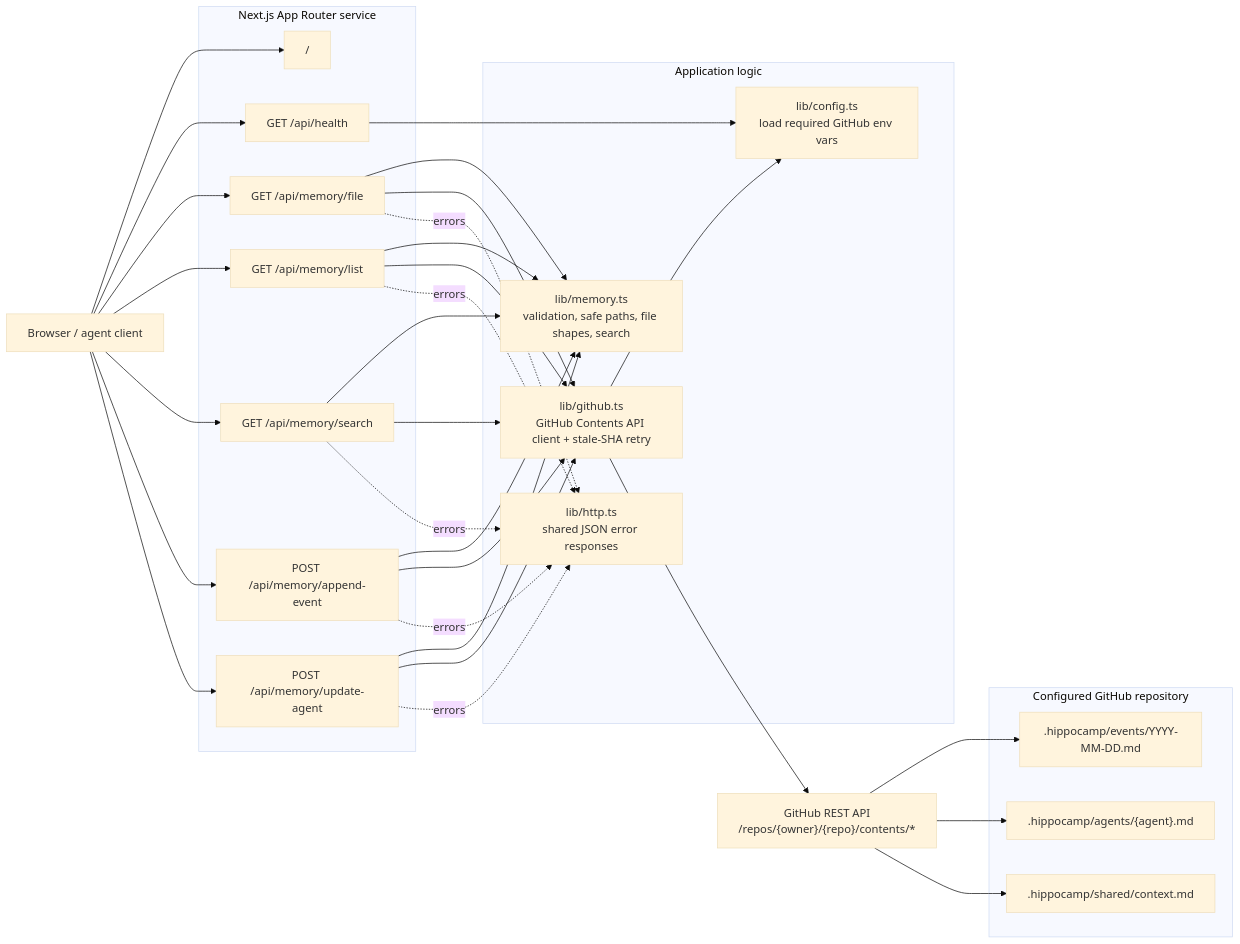
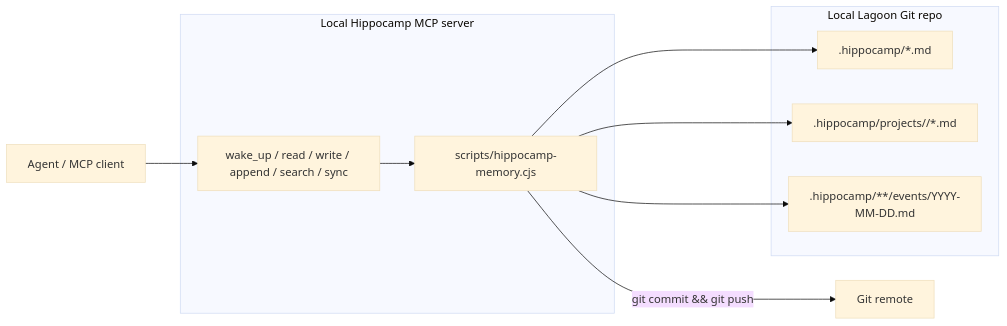
One commit to guillaumegay13/hippocamp changed the diagram in ARCHITECTURE.md. Above: the diagram before and after it, drawn with Mermaid (base theme). The commit also changed other lines of this file and 29 other files, not shown here.

Commit message:
Refocus Hippocamp on local MCP

````diff
--- a/ARCHITECTURE.md
+++ b/ARCHITECTURE.md
@@ -7,63 +7,24 @@
 ```mermaid
 flowchart LR
-  client["Browser / agent client"]
+  agent["Agent / MCP client"]
 
-  subgraph next["Next.js App Router service"]
-    page["/"]
-    health["GET /api/health"]
-    file["GET /api/memory/file"]
-    list["GET /api/memory/list"]
-    search["GET /api/memory/search"]
-    append["POST /api/memory/append-event"]
-    update["POST /api/memory/update-agent"]
+  subgraph mcp["Local Hippocamp MCP server"]
+    tools["wake_up / read / write / append / search / sync"]
+    memory["scripts/hippocamp-memory.cjs"]
   end
 
-  subgraph domain["Application logic"]
-    config["lib/config.ts<br/>load required GitHub env vars"]
-    http["lib/http.ts<br/>shared JSON error responses"]
-    memory["lib/memory.ts<br/>validation, safe paths, file shapes, search"]
-    github["lib/github.ts<br/>GitHub Contents API client + stale-SHA retry"]
+  subgraph lagoon["Local Lagoon Git repo"]
+    global[".hippocamp/*.md"]
+    project[".hippocamp/projects/<slug>/*.md"]
+    events[".hippocamp/**/events/YYYY-MM-DD.md"]
   end
 
-  gh["GitHub REST API<br/>/repos/{owner}/{repo}/contents/*"]
+  remote["Git remote"]
 
-  subgraph repo["Configured GitHub repository"]
-    events[".hippocamp/events/YYYY-MM-DD.md"]
-    agents[".hippocamp/agents/{agent}.md"]
-    shared[".hippocamp/shared/context.md"]
-  end
-
-  client --> page
-  client --> health
-  client --> file
-  client --> list
-  client --> search
-  client --> append
-  client --> update
-
-  health --> config
-
-  file --> memory
-  list --> memory
-  search --> memory
-  append --> memory
-  update --> memory
-
-  file --> github
-  list --> github
-  search --> github
-  append --> github
-  update --> github
-
-  github --> config
-  github --> gh
-  gh --> events
-  gh --> agents
-  gh --> shared
-
-  file -. errors .-> http
-  list -. errors .-> http
-  search -. errors .-> http
-  append -. errors .-> http
-  update -. errors .-> http
+  agent --> tools
+  tools --> memory
+  memory --> global
+  memory --> project
+  memory --> events
+  memory -->|"git commit && git push"| remote
 ```
````
